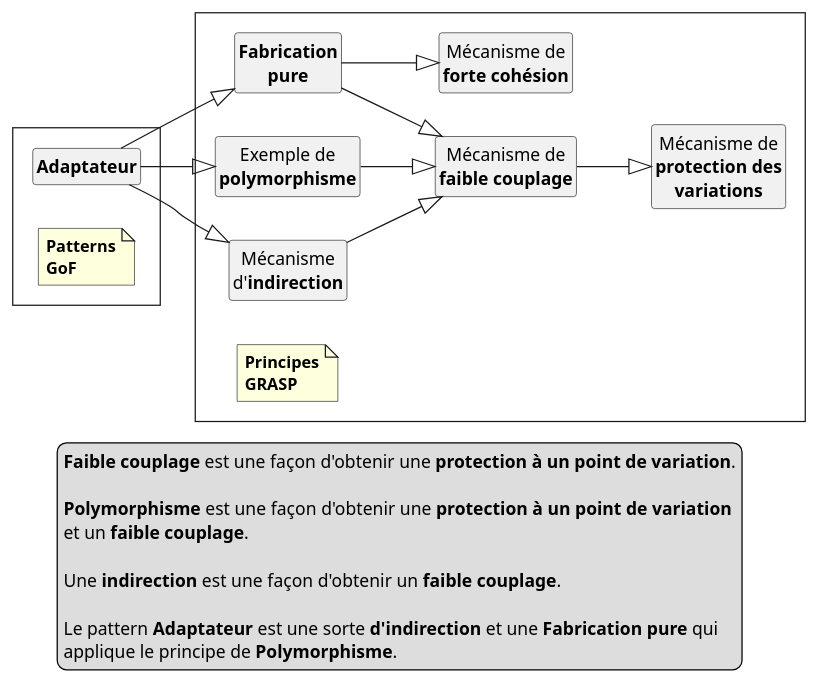
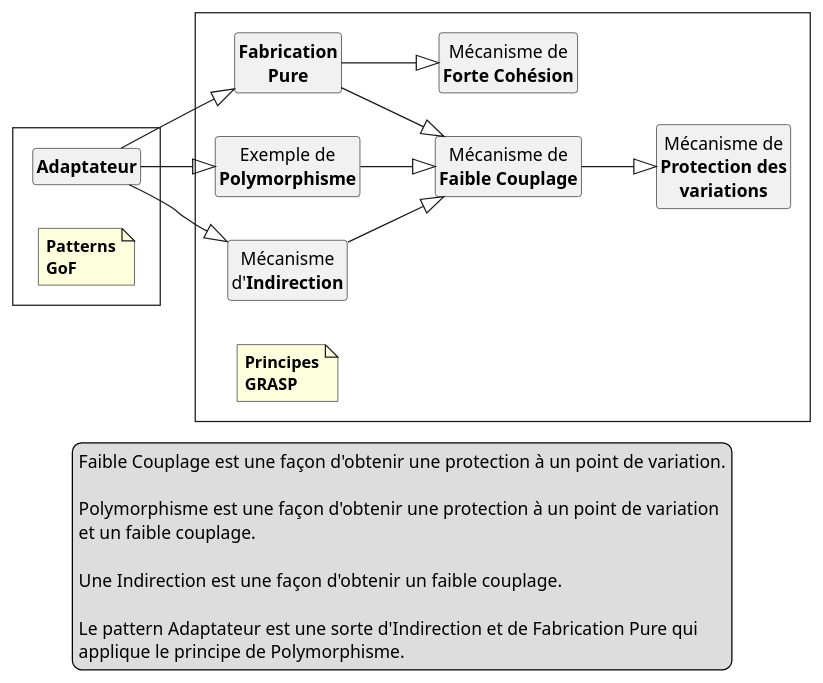
The third of 3 diagrams in GRASP-GoF.qmd (fuhrmanator/log210-ndc-quarto), drawn with PlantUML before and after one commit. The commit also changed other lines of this file and 2 other files, not shown here.

Commit message:
Chapitre 14 (plus normalisation de nom GRASP)

````diff
--- a/GRASP-GoF.qmd
+++ b/GRASP-GoF.qmd
@@ -99,56 +103,56 @@
-```{.plantuml #fig-Fig23_3 caption="Adaptateur et principes GRASP [voir @craig_uml_2005, figure **A26.3/F23.3**]"}
+```{.plantuml #fig-Fig23_3 caption="Adaptateur et principes GRASP [voir @craig_uml_2005, figure **A26.3/F23.3**]."}
 @startuml Adaptateur_GRASP
 skinparam style strictuml
 skinparam defaultfontname Helvetica,Arial,sans-serif,SansSerif
 hide empty members
 left to right direction
 skinparam rectangle {
     fontsize 0
 }
 
 rectangle "  " {
     class "**Adaptateur**" as A
 note as GoF
 **Patterns**
 **GoF**
 end note
 }
 
 rectangle " " {
-    class "Mécanisme de\n**protection des**\n**variations**" as PV
-    class "Mécanisme de\n**faible couplage**" as FCoup
-    class "Mécanisme de\n**forte cohésion**" as FCoh
-    class "Exemple de\n**polymorphisme**" as Poly
-    class "Mécanisme\nd'**indirection**" as Indir
-    class "**Fabrication**\n**pure**" as FP
+    class "Mécanisme de\n**Protection des**\n**variations**" as PV
+    class "Mécanisme de\n**Faible Couplage**" as FCoup
+    class "Mécanisme de\n**Forte Cohésion**" as FCoh
+    class "Exemple de\n**Polymorphisme**" as Poly
+    class "Mécanisme\nd'**Indirection**" as Indir
+    class "**Fabrication**\n**Pure**" as FP
     note as GRASP
     **Principes**
     **GRASP**
     end note
 }
 
 FCoup -down-|> PV
 
 Poly -down-|> FCoup
 Indir -down-|> FCoup
 FP -down-|> FCoup
 FP -down-|> FCoh
 
 A -down-|> Indir
 A -down-|> FP
 A -down-|> Poly
 
 legend
-**Faible couplage** est une façon d'obtenir une **protection à un point de variation**.
+Faible Couplage est une façon d'obtenir une protection à un point de variation.
 
-**Polymorphisme** est une façon d'obtenir une **protection à un point de variation**
-et un **faible couplage**.
+Polymorphisme est une façon d'obtenir une protection à un point de variation
+et un faible couplage.
 
-Une **indirection** est une façon d'obtenir un **faible couplage**.
+Une Indirection est une façon d'obtenir un faible couplage.
 
-Le pattern **Adaptateur** est une sorte **d'indirection** et une **Fabrication pure** qui 
-applique le principe de **Polymorphisme**.
+Le pattern Adaptateur est une sorte d'Indirection et de Fabrication Pure qui 
+applique le principe de Polymorphisme.
 end legend
 
 @enduml
 ```
````
